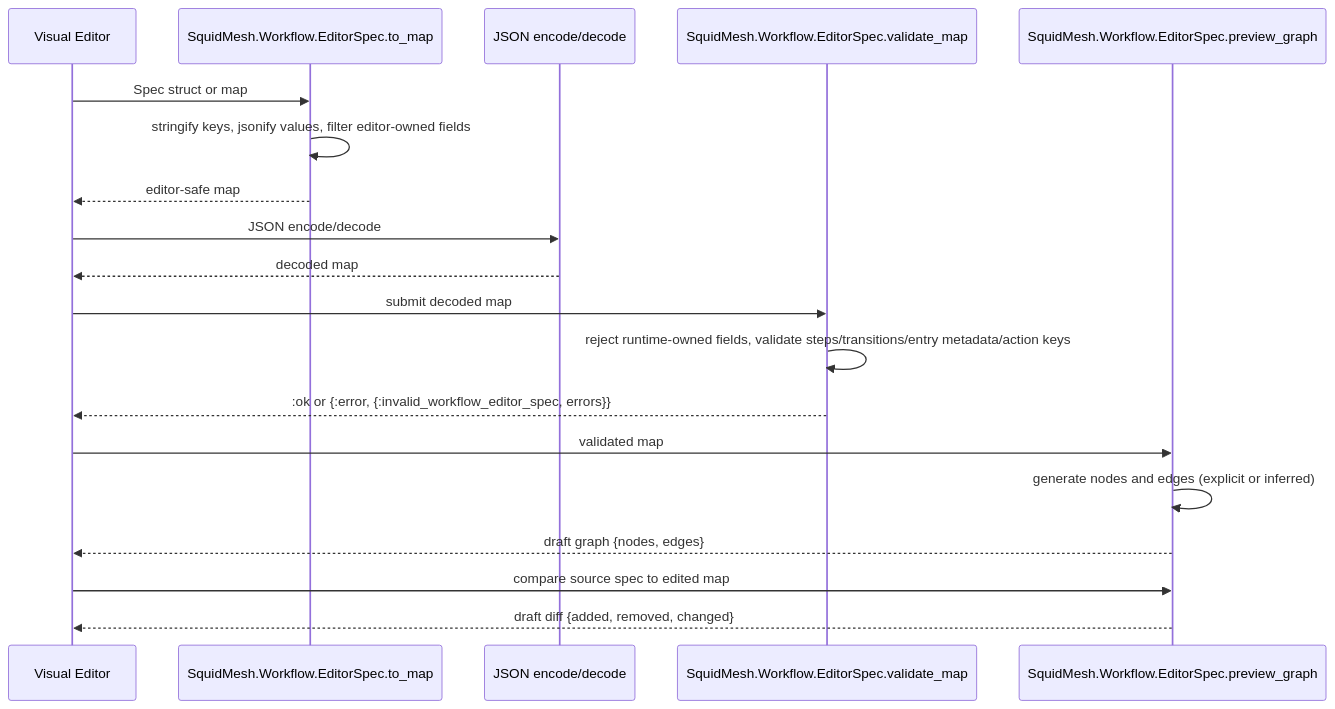
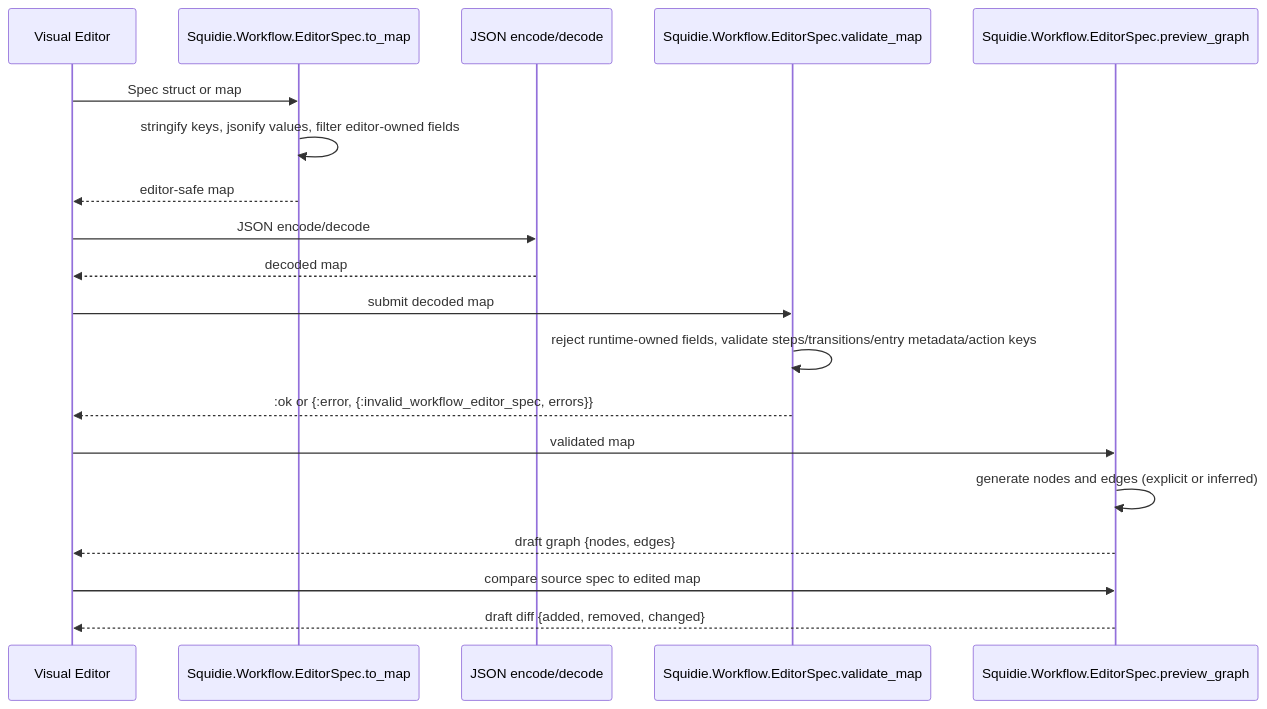
One commit to agentjido/jizoku changed the diagram in docs/workflow_authoring.md. Above: the diagram before and after it, drawn with Mermaid. The commit also changed other lines of this file and 383 other files, not shown here.

First line of the commit message:
chore: rebrand squid mesh to squidie

````diff
--- a/docs/workflow_authoring.md
+++ b/docs/workflow_authoring.md
@@ -184,21 +184,21 @@
 ```mermaid
 sequenceDiagram
   participant Editor as Visual Editor
-  participant ToMap as SquidMesh.Workflow.EditorSpec.to_map
+  participant ToMap as Squidie.Workflow.EditorSpec.to_map
   participant JSON as JSON encode/decode
-  participant Validate as SquidMesh.Workflow.EditorSpec.validate_map
-  participant Preview as SquidMesh.Workflow.EditorSpec.preview_graph
+  participant Validate as Squidie.Workflow.EditorSpec.validate_map
+  participant Preview as Squidie.Workflow.EditorSpec.preview_graph
   Editor->>ToMap: Spec struct or map
   ToMap->>ToMap: stringify keys, jsonify values, filter editor-owned fields
   ToMap-->>Editor: editor-safe map
   Editor->>JSON: JSON encode/decode
   JSON-->>Editor: decoded map
   Editor->>Validate: submit decoded map
   Validate->>Validate: reject runtime-owned fields, validate steps/transitions/entry metadata/action keys
   Validate-->>Editor: :ok or {:error, {:invalid_workflow_editor_spec, errors}}
   Editor->>Preview: validated map
   Preview->>Preview: generate nodes and edges (explicit or inferred)
   Preview-->>Editor: draft graph {nodes, edges}
   Editor->>Preview: compare source spec to edited map
   Preview-->>Editor: draft diff {added, removed, changed}
 ```
````
